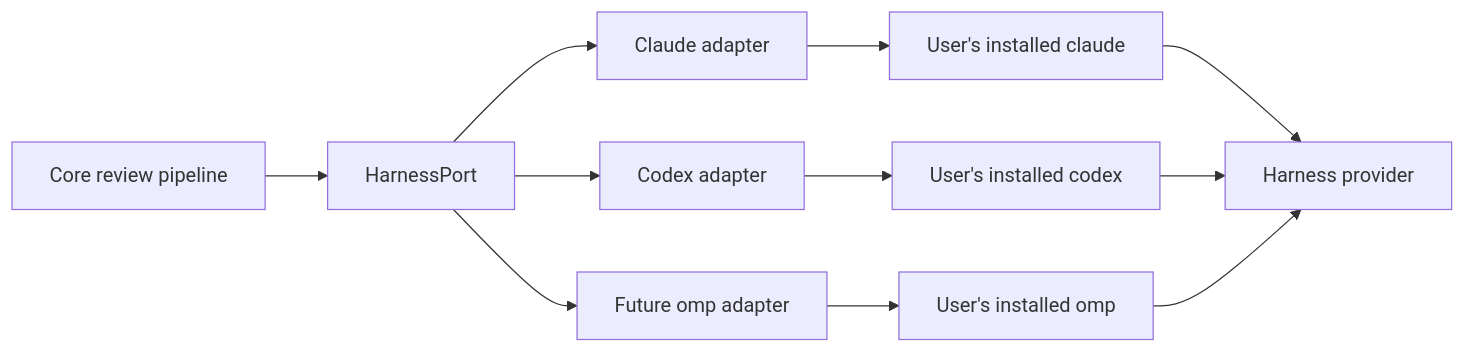
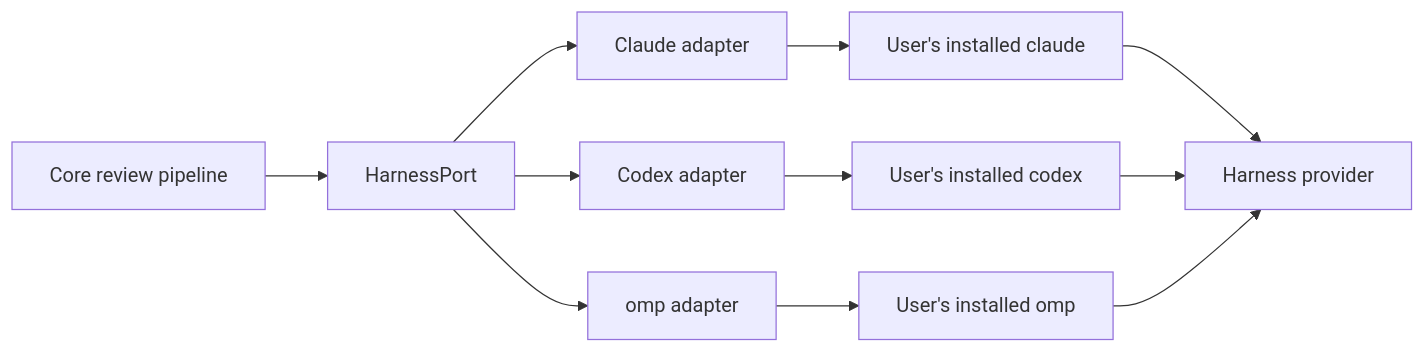
Before and after one commit to rbutera/Rennet: the first of 3 diagrams in docs/src/content/docs/developing/concepts/harness-adapters.md, drawn with Mermaid. The commit also changed other lines of this file and 1 other file, not shown here.

Commit message:
docs: omp harness slot — adapters concept and wave-10 delivery

````diff
--- a/docs/src/content/docs/developing/concepts/harness-adapters.md
+++ b/docs/src/content/docs/developing/concepts/harness-adapters.md
@@ -13,13 +13,13 @@
 ```mermaid
 flowchart LR
   pipeline["Core review pipeline"] --> port["HarnessPort"]
   port --> claude["Claude adapter"]
   port --> codex["Codex adapter"]
-  port --> omp["Future omp adapter"]
+  port --> omp["omp adapter"]
   claude --> cli["User's installed claude"]
   codex --> codexcli["User's installed codex"]
   omp --> ompcli["User's installed omp"]
   cli --> provider["Harness provider"]
   codexcli --> provider
   ompcli --> provider
 ```
````
